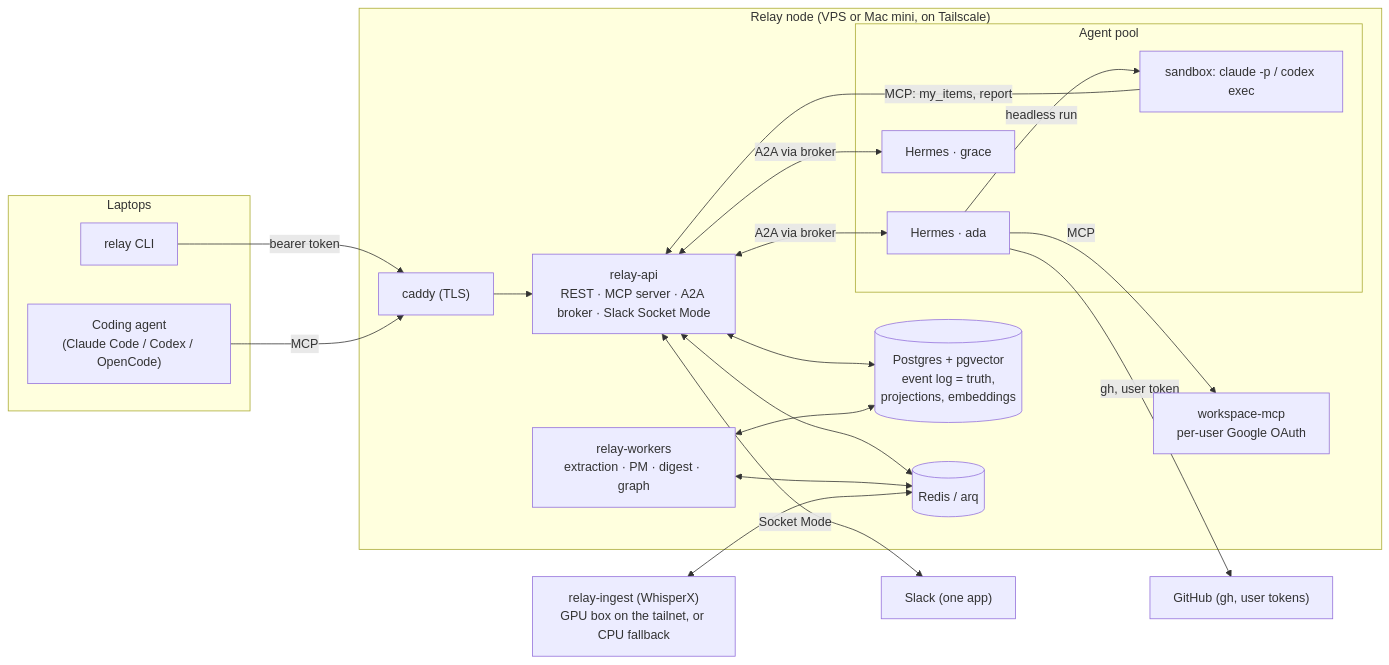
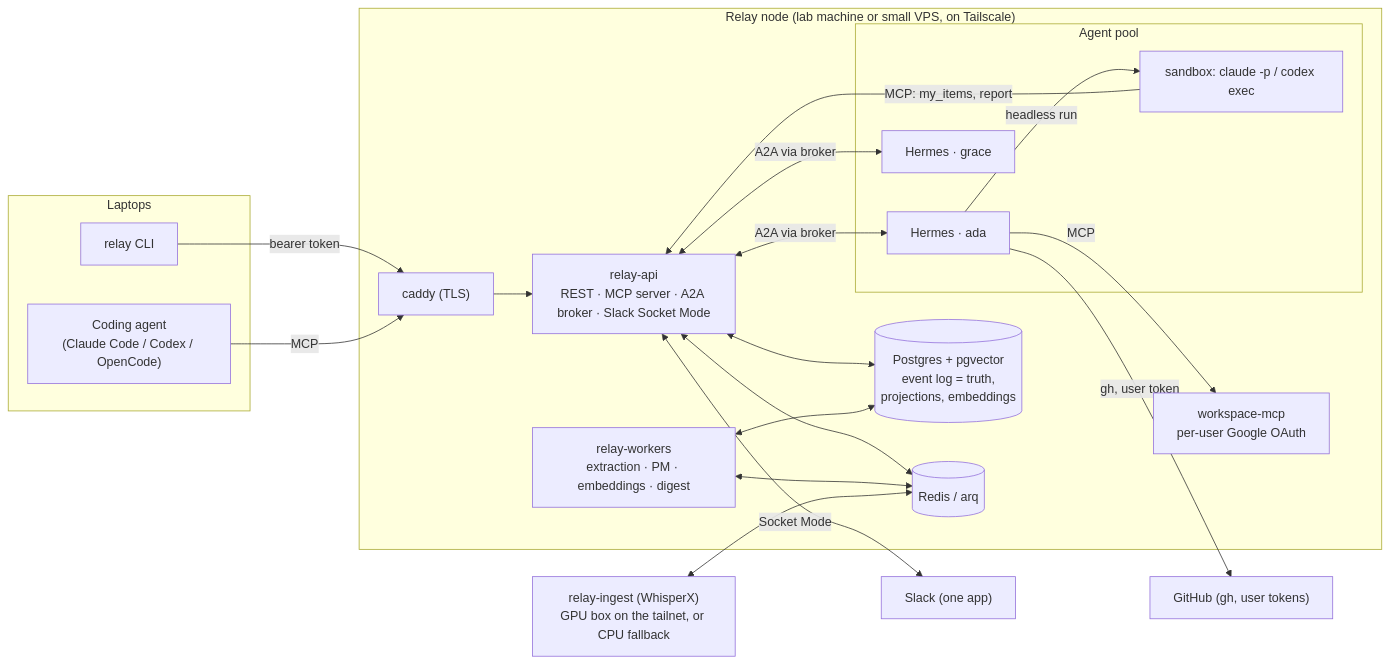
The diagram in README.md (relayagents/relay), drawn with Mermaid before and after one commit. The commit also changed other lines of this file and 7 other files, not shown here.

First line of the commit message:
docs: contributor onboarding (CLAUDE.md, roadmap, PR template, CODEOWNERS)

````diff
--- a/README.md
+++ b/README.md
@@ -28,38 +26,38 @@
 ```mermaid
 flowchart LR
   subgraph laptops["Laptops"]
     CLI["relay CLI"]
     CC["Coding agent<br/>(Claude Code / Codex / OpenCode)"]
   end
-  subgraph node["Relay node (VPS or Mac mini, on Tailscale)"]
+  subgraph node["Relay node (lab machine or small VPS, on Tailscale)"]
     API["relay-api<br/>REST · MCP server · A2A broker · Slack Socket Mode"]
-    W["relay-workers<br/>extraction · PM · digest · graph"]
+    W["relay-workers<br/>extraction · PM · embeddings · digest"]
     PG[("Postgres + pgvector<br/>event log = truth,<br/>projections, embeddings")]
     R[("Redis / arq")]
     WS["workspace-mcp<br/>per-user Google OAuth"]
     subgraph pool["Agent pool"]
       H1["Hermes · ada"]
       H2["Hermes · grace"]
       SB["sandbox: claude -p / codex exec"]
     end
     CADDY["caddy (TLS)"]
   end
   GPU["relay-ingest (WhisperX)<br/>GPU box on the tailnet, or CPU fallback"]
   SLACK["Slack (one app)"]
   GH["GitHub (gh, user tokens)"]
 
   CLI -->|bearer token| CADDY --> API
   CC -->|MCP| CADDY
   API <--> PG
   API <--> R
   W <--> PG
   W <--> R
   GPU <--> R
   API <-->|A2A via broker| H1
   API <-->|A2A via broker| H2
   H1 -->|headless run| SB
   SB -->|MCP: my_items, report| API
   API <-->|Socket Mode| SLACK
   H1 -->|gh, user token| GH
   H1 -->|MCP| WS
 ```
````
